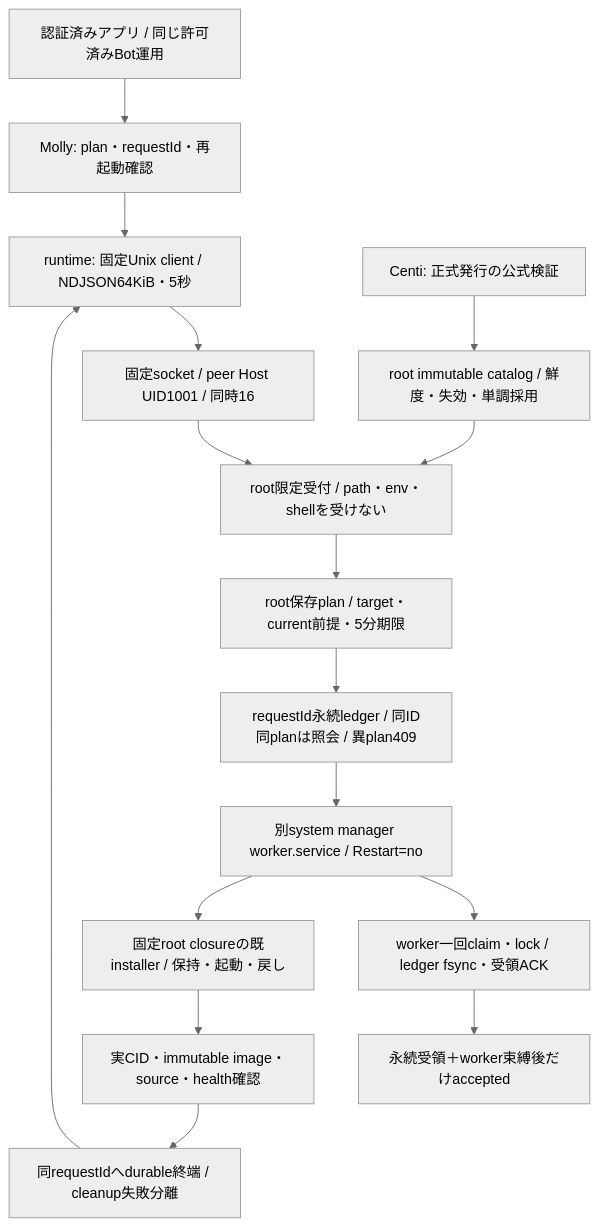
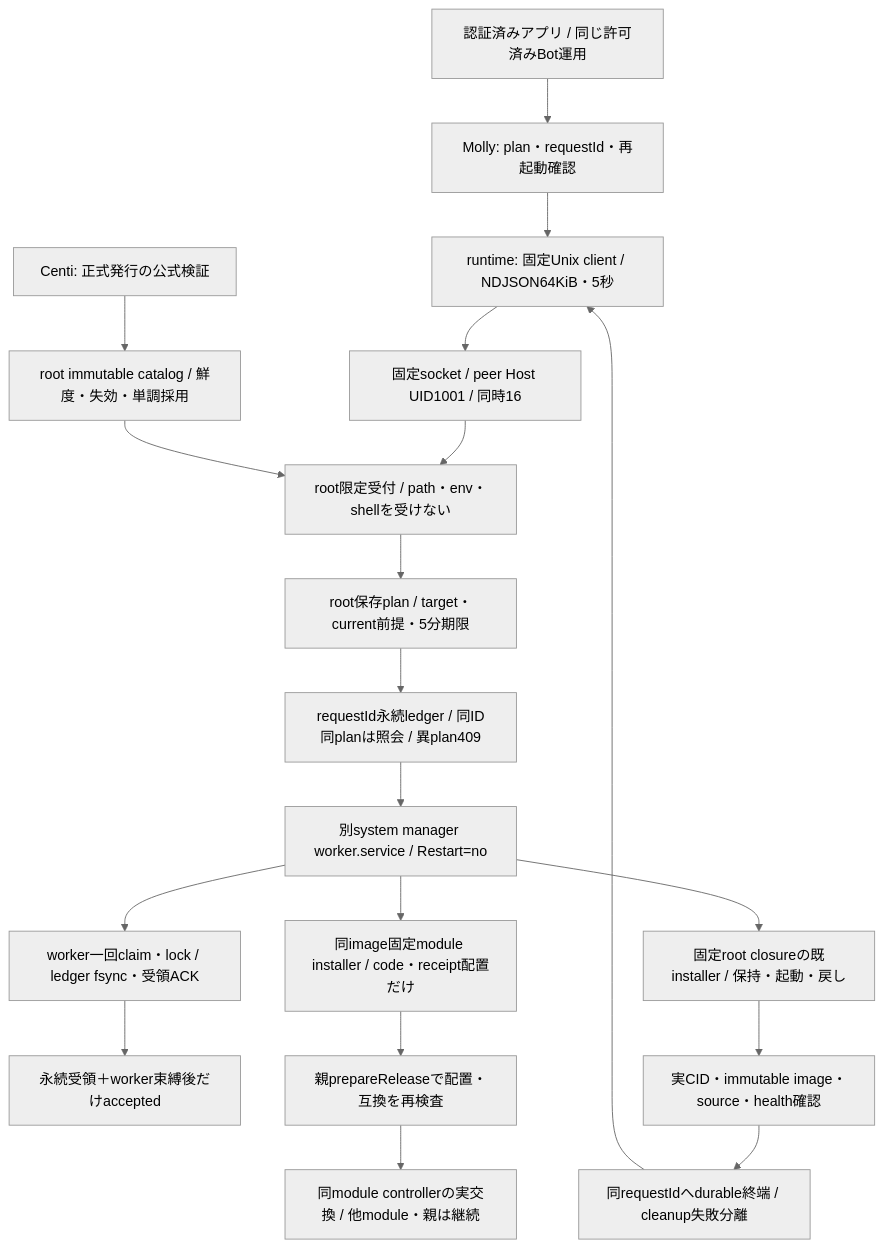
The diagram in docs/architecture/modules/runtime/container-update.md (kitepon/BellTeam), drawn with Mermaid (neutral theme) before and after one commit. The commit also changed other lines of this file and 5 other files, not shown here.

````diff
--- a/docs/architecture/modules/runtime/container-update.md
+++ b/docs/architecture/modules/runtime/container-update.md
@@ -5,18 +5,21 @@
 ```mermaid
 flowchart TD
   UI[認証済みアプリ / 同じ許可済みBot運用] --> Common[Molly: plan・requestId・再起動確認]
   Common --> Client[runtime: 固定Unix client / NDJSON64KiB・5秒]
   Client --> Socket[固定socket / peer Host UID1001 / 同時16]
   Socket --> Host[root限定受付 / path・env・shellを受けない]
   Catalog[Centi: 正式発行の公式検証] --> Store[root immutable catalog / 鮮度・失効・単調採用]
   Store --> Host
   Host --> Plan[root保存plan / target・current前提・5分期限]
   Plan --> Ledger[requestId永続ledger / 同ID同planは照会 / 異plan409]
   Ledger --> Unit[別system manager worker.service / Restart=no]
   Unit --> Bound[worker一回claim・lock / ledger fsync・受領ACK]
   Bound --> Accepted[永続受領＋worker束縛後だけaccepted]
   Unit --> Installer[固定root closureの既installer / 保持・起動・戻し]
+  Unit --> Module[同image固定module installer / code・receipt配置だけ]
+  Module --> Recheck[親prepareReleaseで配置・互換を再検査]
+  Recheck --> Exchange[同module controllerの実交換 / 他module・親は継続]
   Installer --> Verify[実CID・immutable image・source・health確認]
   Verify --> Result[同requestIdへdurable終端 / cleanup失敗分離]
   Result --> Client
 ```
````
